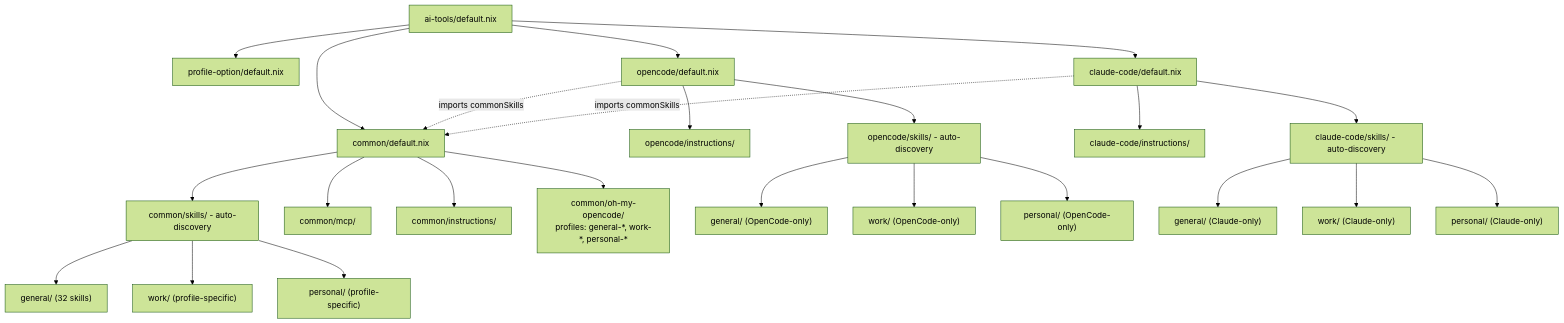
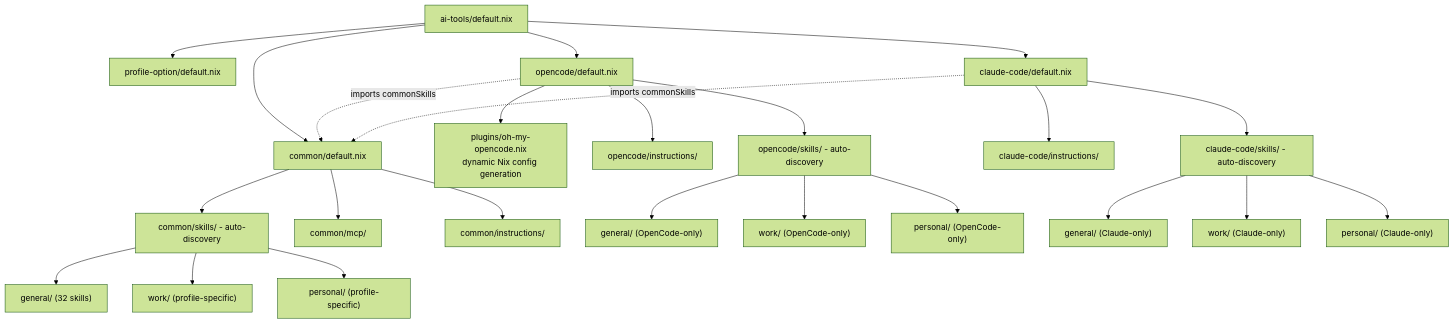
The diagram in modules/home-manager/features/ai-tools/README.md (zhongjis/nix-config), drawn with Mermaid (forest theme) before and after one commit. The commit also changed other lines of this file and 1 other file, not shown here.

````diff
--- a/modules/home-manager/features/ai-tools/README.md
+++ b/modules/home-manager/features/ai-tools/README.md
@@ -57,29 +53,29 @@
 ```mermaid
 graph TD
     Root[ai-tools/default.nix] --> ProfileOpt[profile-option/default.nix]
     Root --> Common[common/default.nix]
     Root --> Opencode[opencode/default.nix]
     Root --> ClaudeCode[claude-code/default.nix]
 
     Common --> Skills[common/skills/ - auto-discovery]
     Skills --> SkillsGen["general/ (32 skills)"]
     Skills --> SkillsWork["work/ (profile-specific)"]
     Skills --> SkillsPersonal["personal/ (profile-specific)"]
     Common --> MCP[common/mcp/]
     Common --> Instructions[common/instructions/]
-    Common --> OhMyOpencode["common/oh-my-opencode/<br/>profiles: general-*, work-*, personal-*"]
+    Opencode --> OhMyOpencode["plugins/oh-my-opencode.nix<br/>dynamic Nix config generation"]
     
     Opencode -.->|imports commonSkills| Common
     Opencode --> OpencodeInst[opencode/instructions/]
     Opencode --> OpencodeSkills[opencode/skills/ - auto-discovery]
     OpencodeSkills --> OCSGen["general/ (OpenCode-only)"]
     OpencodeSkills --> OCSWork["work/ (OpenCode-only)"]
     OpencodeSkills --> OCSPersonal["personal/ (OpenCode-only)"]
     
     ClaudeCode -.->|imports commonSkills| Common
     ClaudeCode --> ClaudeCodeInst[claude-code/instructions/]
     ClaudeCode --> ClaudeCodeSkills[claude-code/skills/ - auto-discovery]
     ClaudeCodeSkills --> CCSGen["general/ (Claude-only)"]
     ClaudeCodeSkills --> CCSWork["work/ (Claude-only)"]
     ClaudeCodeSkills --> CCSPersonal["personal/ (Claude-only)"]
 ```
````
